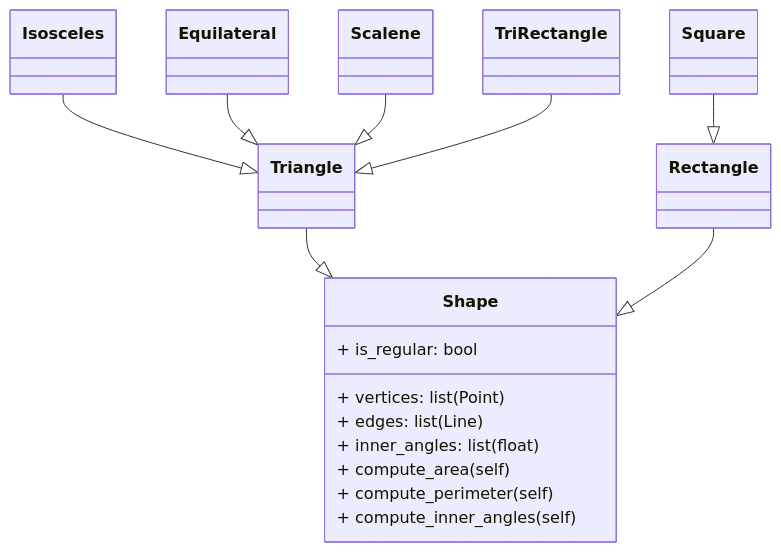
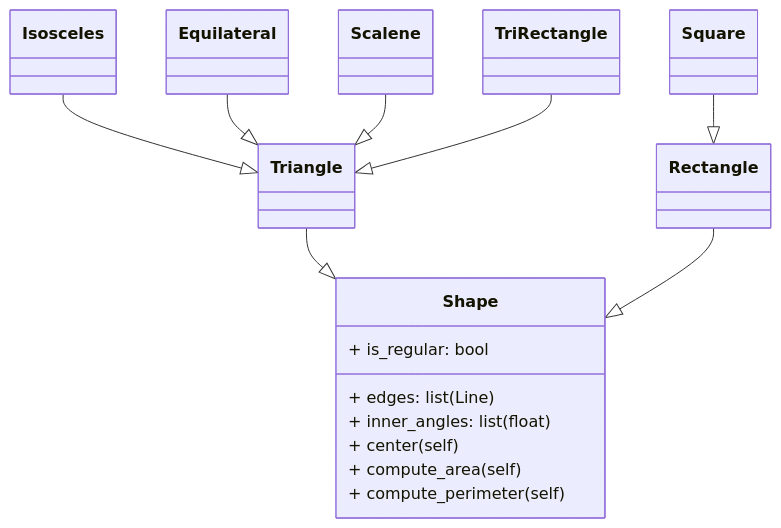
Before and after one commit to AlejoHenao8/POO-Reto_5: the diagram in README.md, drawn with Mermaid.

Commit message:
Update Shape class in README.md

````diff
--- a/README.md
+++ b/README.md
@@ -4,41 +4,40 @@
 ```mermaid
 classDiagram
     class Shape {
-        + vertices: list(Point)
         + edges: list(Line)
         + inner_angles: list(float)
         + is_regular: bool
+        + center(self)
         + compute_area(self)
         + compute_perimeter(self)
-        + compute_inner_angles(self)
     }
 
     class Triangle {
     }
 
     class Isosceles{
     }
 
     class Equilateral{
     }
 
     class Scalene{
     }
 
     class TriRectangle{
     }
 
     class Rectangle{
     }
 
     class Square{
     }
 
     Triangle --|> Shape
     Isosceles --|> Triangle
     Equilateral --|> Triangle
     Scalene --|> Triangle
     TriRectangle --|> Triangle
     Rectangle --|> Shape
     Square --|> Rectangle
 ```
````
